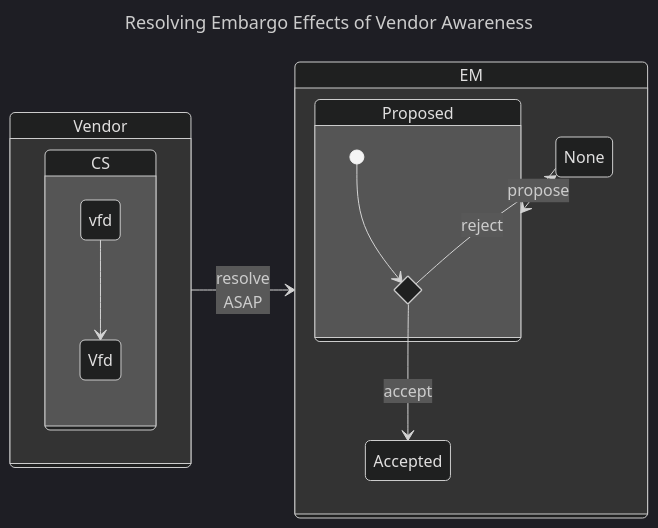
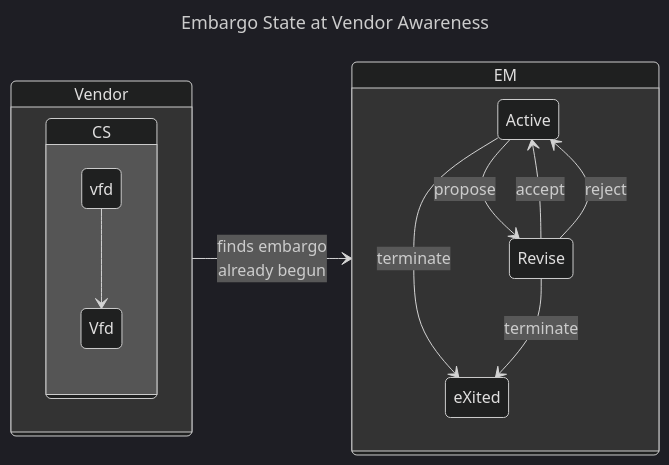
The second of 9 diagrams in docs/topics/process_models/model_interactions/rm_em_cs.md (CERTCC/Vultron), drawn with Mermaid (dark theme) before and after one commit. The commit also changed other lines of this file and 44 other files, not shown here.

````diff
--- a/docs/topics/process_models/model_interactions/rm_em_cs.md
+++ b/docs/topics/process_models/model_interactions/rm_em_cs.md
@@ -86,25 +99,20 @@
 ```mermaid
 ---
-title: Resolving Embargo Effects of Vendor Awareness
+title: Embargo State at Vendor Awareness
 ---
 stateDiagram-v2
     direction LR
     state Vendor {
         state CS {
             vfd --> Vfd
         }
     }
     state EM {
-        None
-        state Proposed {
-            
-            state eval <<choice>>
-            [*] --> eval
-            eval --> Accepted : accept
-            eval --> None: reject
-        }
-        None --> Proposed : propose
-        Accepted
+        Active --> Revise : propose
+        Revise --> Active : accept
+        Revise --> Active : reject
+        Active --> eXited : terminate
+        Revise --> eXited : terminate
     }
-    Vendor --> EM: resolve<br/>ASAP
+    Vendor --> EM: finds embargo<br/>already begun
 ```
````
